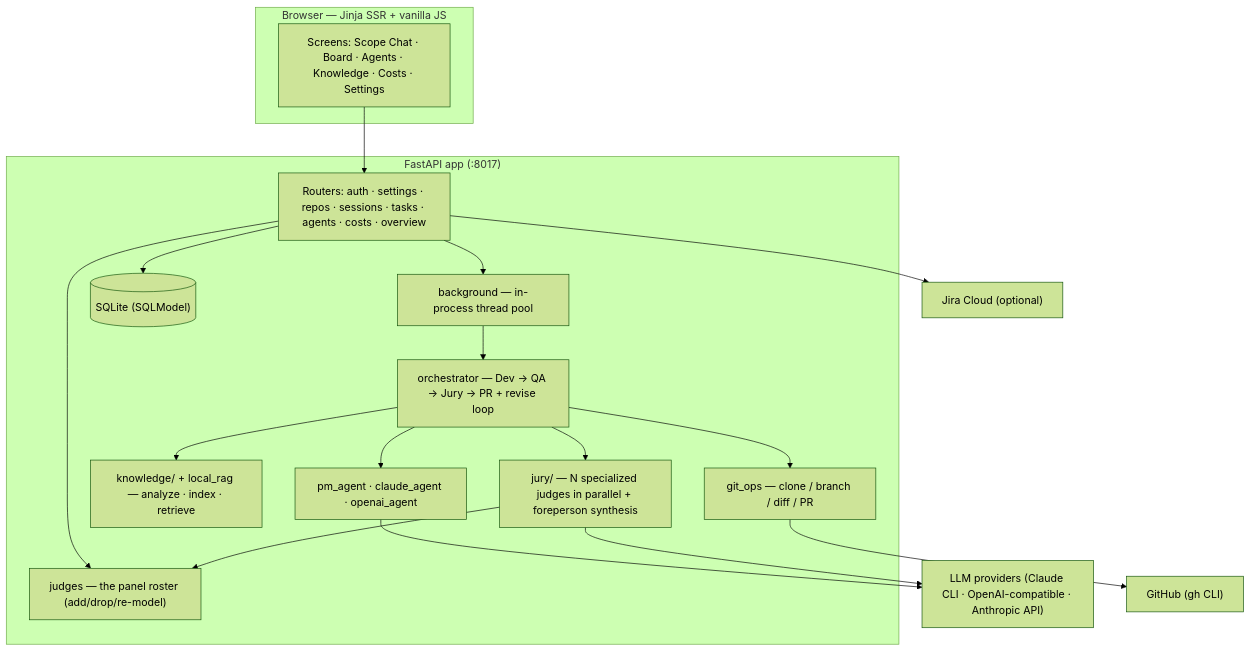
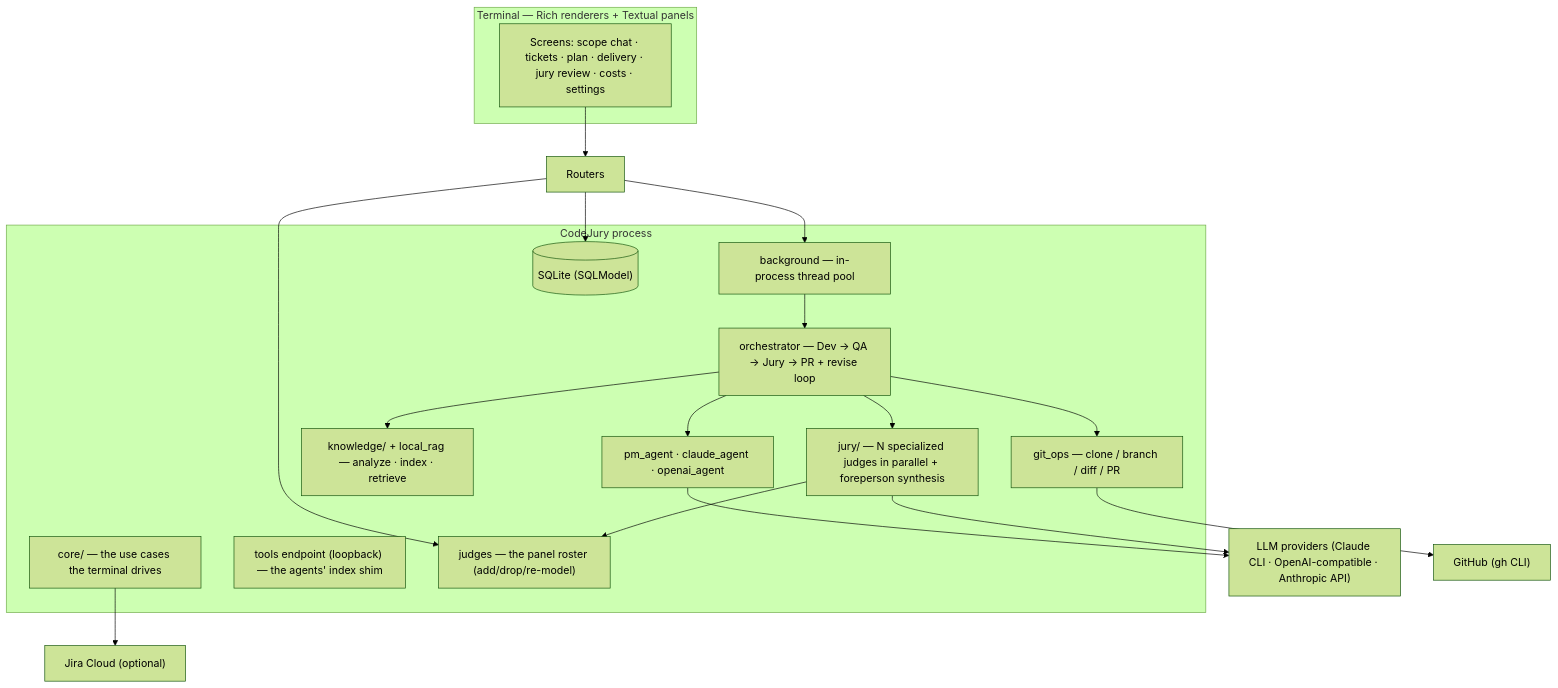
The first of 2 diagrams in docs/architecture.md (birhantprkc/autodev-studio), drawn with Mermaid (forest theme) before and after one commit. The commit also changed other lines of this file and 51 other files, not shown here.

````diff
--- a/docs/architecture.md
+++ b/docs/architecture.md
@@ -11,32 +11,33 @@
 ```mermaid
 graph TB
-    subgraph Browser["Browser — Jinja SSR + vanilla JS"]
-        UI["Screens: Scope Chat · Board · Agents · Knowledge · Costs · Settings"]
+    subgraph Term["Terminal — Rich renderers + Textual panels"]
+        UI["Screens: scope chat · tickets · plan · delivery · jury review · costs · settings"]
     end
 
-    subgraph App["FastAPI app (:8017)"]
-        Routers["Routers: auth · settings · repos · sessions · tasks · agents · costs · overview"]
+    subgraph App["CodeJury process"]
+        Core["core/ — the use cases the terminal drives"]
+        Tools["tools endpoint (loopback) — the agents' index shim"]
         Orch["orchestrator — Dev → QA → Jury → PR + revise loop"]
         Jury["jury/ — N specialized judges in parallel + foreperson synthesis"]
         BG["background — in-process thread pool"]
         KB["knowledge/ + local_rag — analyze · index · retrieve"]
         Agents["pm_agent · claude_agent · openai_agent"]
         Roster["judges — the panel roster (add/drop/re-model)"]
         Git["git_ops — clone / branch / diff / PR"]
         DB[("SQLite (SQLModel)")]
     end
 
     Providers["LLM providers (Claude CLI · OpenAI-compatible · Anthropic API)"]
     GH["GitHub (gh CLI)"]
     Jira["Jira Cloud (optional)"]
 
     UI --> Routers --> DB
     Routers --> BG --> Orch
     Orch --> Agents & Git & KB & Jury
     Jury --> Roster
     Jury --> Providers
     Routers --> Roster
     Agents --> Providers
     Git --> GH
-    Routers --> Jira
+    Core --> Jira
 ```
````
